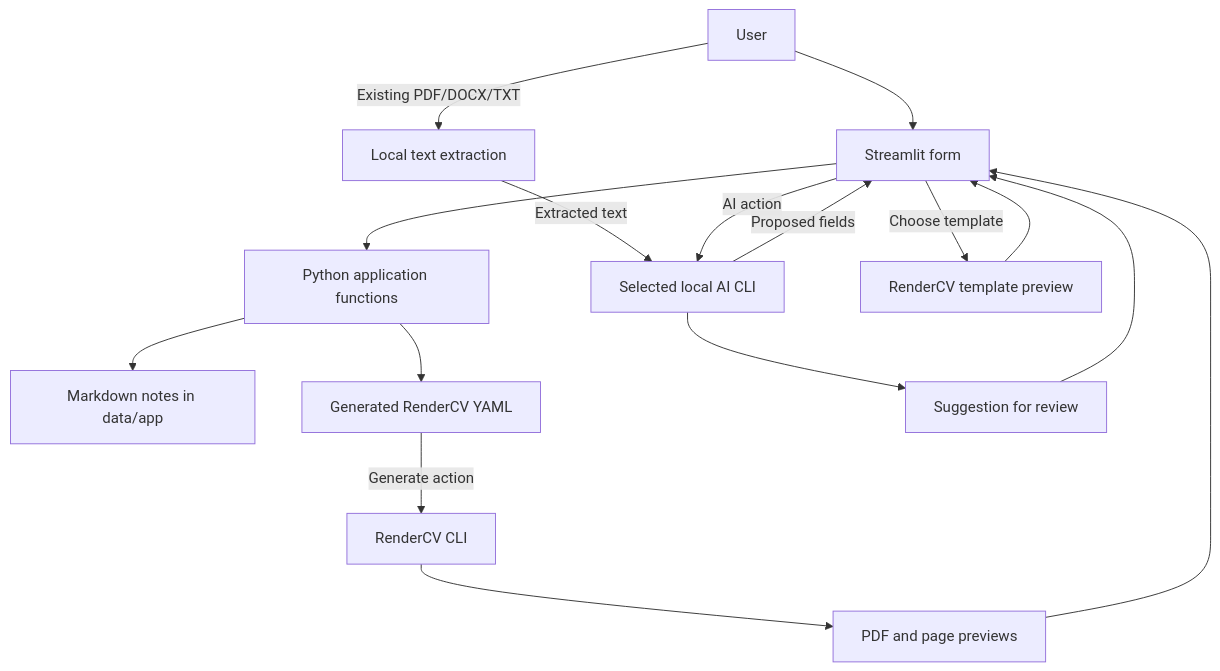
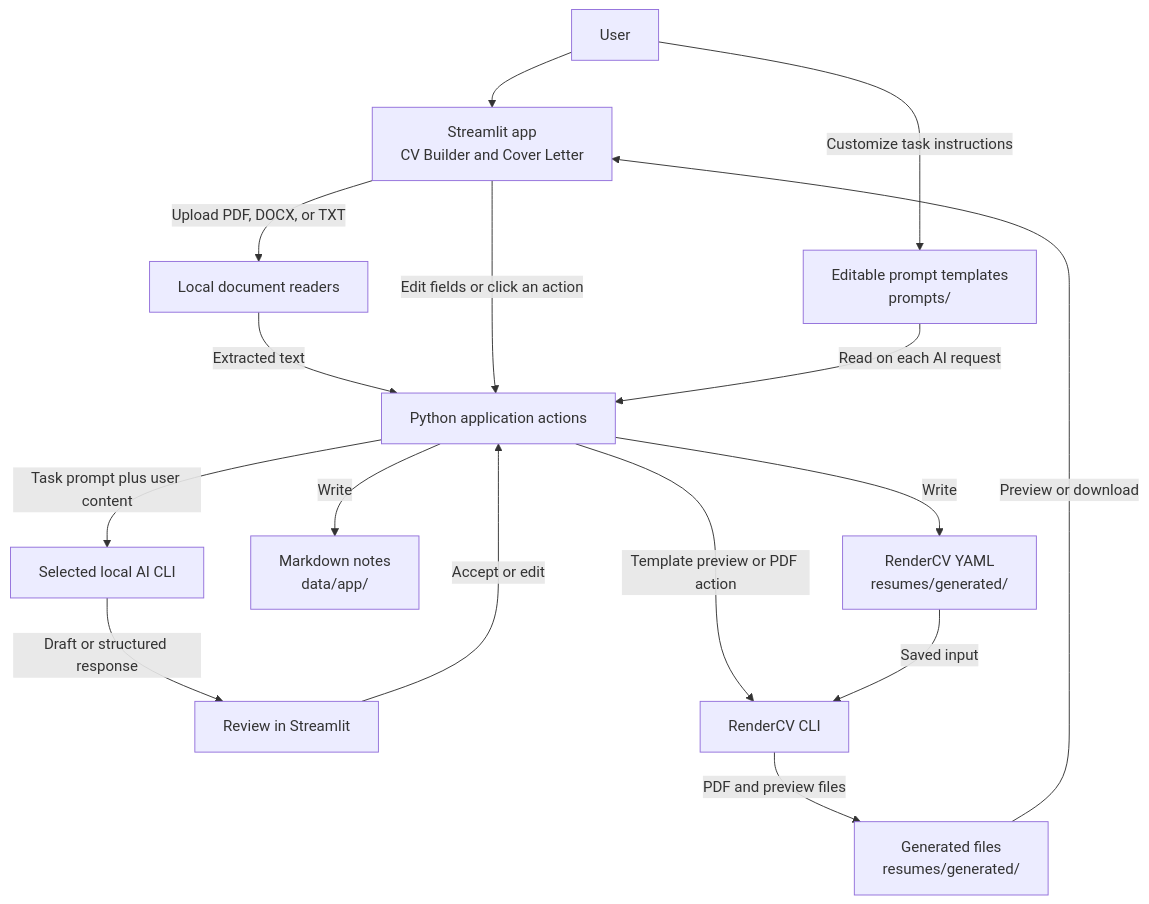
One commit to FaniBhushan/ResumeStudio changed the diagram in architecture-plan.md. Above: the diagram before and after it, drawn with Mermaid. The commit also changed other lines of this file and 36 other files, not shown here.

````diff
--- a/architecture-plan.md
+++ b/architecture-plan.md
@@ -24,18 +25,18 @@
 ```mermaid
 flowchart TD
-    USER[User] --> UI[Streamlit form]
-    USER -->|Existing PDF/DOCX/TXT| EXTRACT[Local text extraction]
-    EXTRACT -->|Extracted text| LLM[Selected local AI CLI]
-    LLM -->|Proposed fields| UI
-    UI --> SERVICE[Python application functions]
-    SERVICE --> MD[Markdown notes in data/app]
-    SERVICE --> YAML[Generated RenderCV YAML]
-    UI -->|AI action| LLM
-    LLM --> SUGGESTION[Suggestion for review]
-    SUGGESTION --> UI
-    UI -->|Choose template| PREVIEW[RenderCV template preview]
-    PREVIEW --> UI
-    YAML -->|Generate action| RENDERCV[RenderCV CLI]
-    RENDERCV --> OUTPUT[PDF and page previews]
-    OUTPUT --> UI
+    USER[User] --> UI[Streamlit app<br/>CV Builder and Cover Letter]
+    UI -->|Upload PDF, DOCX, or TXT| EXTRACT[Local document readers]
+    EXTRACT -->|Extracted text| APP[Python application actions]
+    UI -->|Edit fields or click an action| APP
+    EDITOR[Editable prompt templates<br/>prompts/] -->|Read on each AI request| APP
+    APP -->|Task prompt plus user content| CLI[Selected local AI CLI]
+    CLI -->|Draft or structured response| REVIEW[Review in Streamlit]
+    REVIEW -->|Accept or edit| APP
+    APP -->|Write| NOTES[Markdown notes<br/>data/app/]
+    APP -->|Write| YAML[RenderCV YAML<br/>resumes/generated/]
+    APP -->|Template preview or PDF action| RENDERCV[RenderCV CLI]
+    YAML -->|Saved input| RENDERCV
+    RENDERCV -->|PDF and preview files| OUTPUT[Generated files<br/>resumes/generated/]
+    OUTPUT -->|Preview or download| UI
+    USER -->|Customize task instructions| EDITOR
 ```
````
